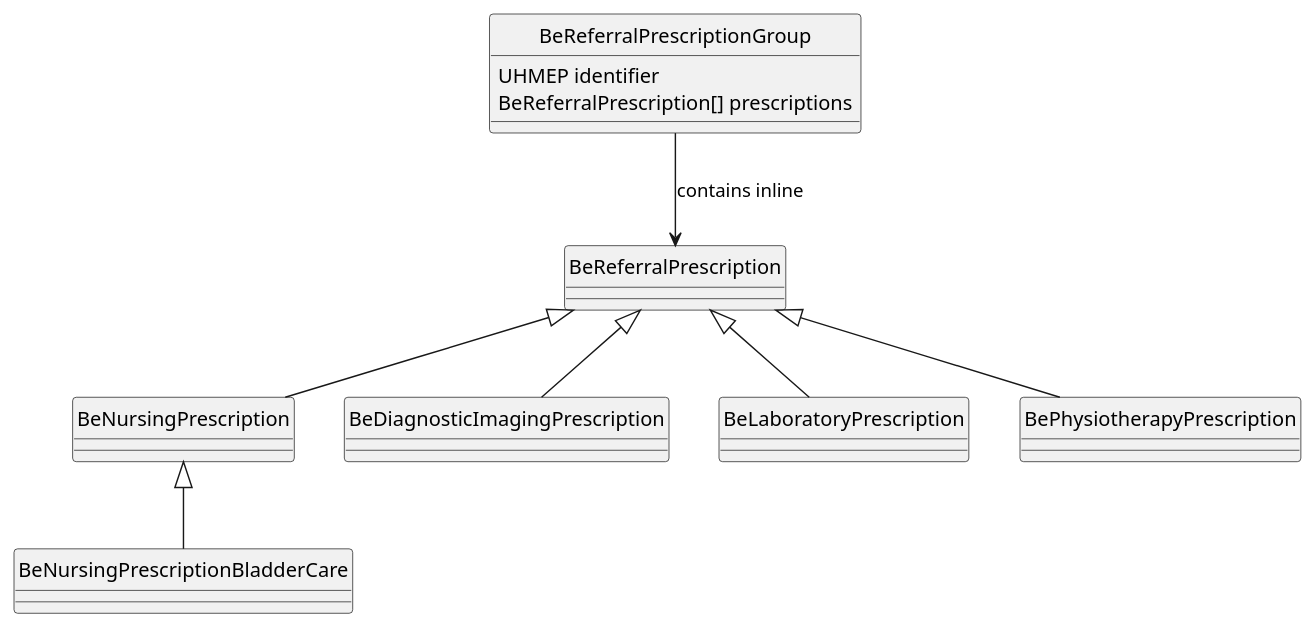
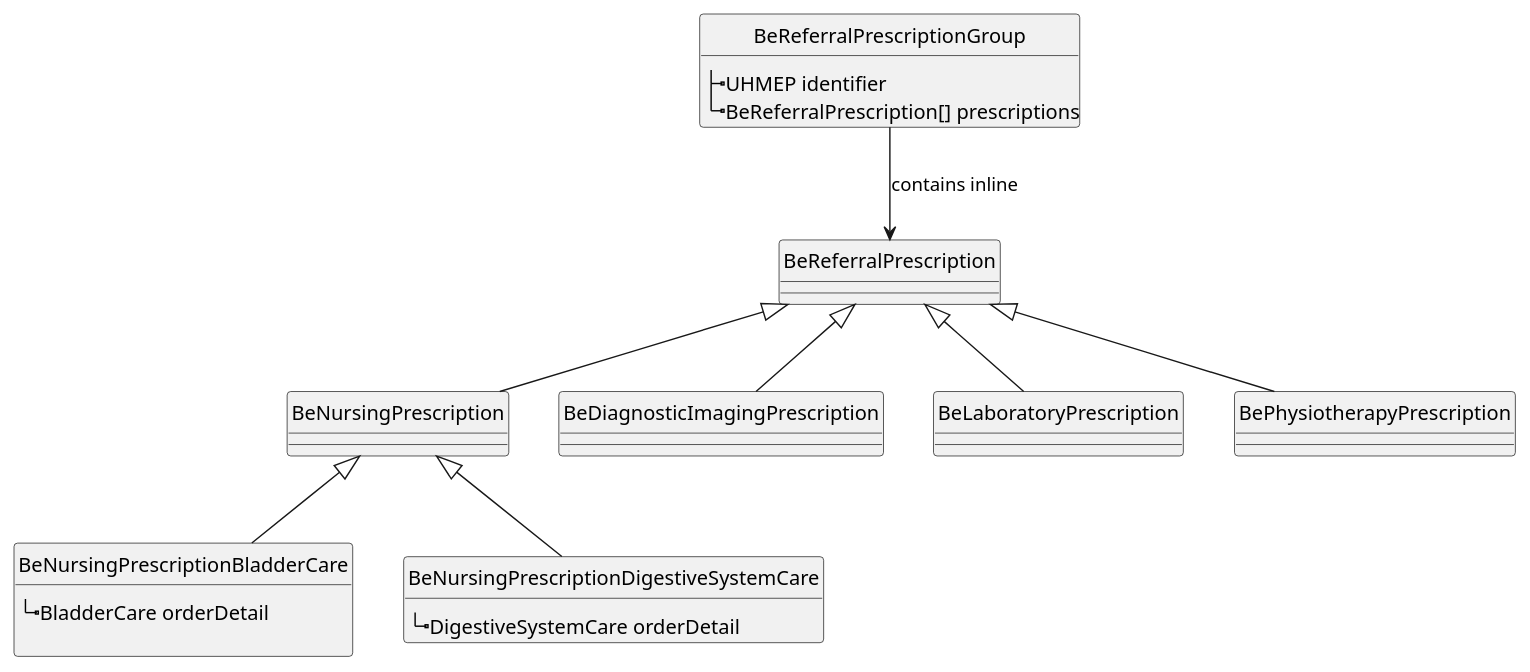
The diagram in input/images-source/hier-requestgroup.plantuml (hl7-be/referral), drawn with PlantUML before and after one commit. The commit also changed 1 other file, not shown here.

Commit message:
updated logical-models text with input about BeReferralPrescriptionRequestGroup

```diff
--- a/input/images-source/hier-requestgroup.plantuml
+++ b/input/images-source/hier-requestgroup.plantuml
@@ -1,17 +1,25 @@
 @startuml
 hide circle
 
 BeReferralPrescription <|-- BeNursingPrescription
 BeReferralPrescription <|-- BeDiagnosticImagingPrescription	
 BeReferralPrescription <|-- BeLaboratoryPrescription
 BeReferralPrescription <|-- BePhysiotherapyPrescription
 
 BeNursingPrescription <|-- BeNursingPrescriptionBladderCare
+BeNursingPrescription <|-- BeNursingPrescriptionDigestiveSystemCare
 BeReferralPrescriptionGroup --> BeReferralPrescription : contains inline
 
-BeReferralPrescriptionGroup : UHMEP identifier
-BeReferralPrescriptionGroup : BeReferralPrescription[] prescriptions
+class BeReferralPrescriptionGroup {
+  |_UHMEP identifier
+  |_BeReferralPrescription[] prescriptions
+}
 
-
-
+class BeNursingPrescriptionBladderCare{
+  |_BladderCare orderDetail
+  
+}
+class BeNursingPrescriptionDigestiveSystemCare{
+  |_DigestiveSystemCare orderDetail
+}
 @enduml
```
